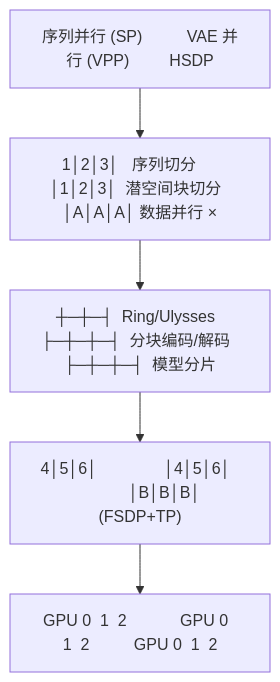
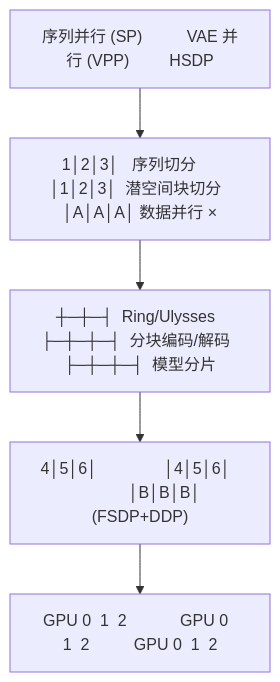
One commit to keyuanweb/ai-learning-path changed the first of 3 diagrams in vllm-omni-learning-path/05-扩散模型执行(Diffusion Engine)/06-扩散分布式.md. Above: the diagram before and after it, drawn with Mermaid. The commit also changed other lines of this file and 176 other files, not shown here.

First line of the commit message:
docs: 全仓库文档校对修复——错别字/失效链接/Mermaid图/源码引用

````diff
--- a/vllm-omni-learning-path/05-扩散模型执行(Diffusion Engine)/06-扩散分布式.md
+++ b/vllm-omni-learning-path/05-扩散模型执行(Diffusion Engine)/06-扩散分布式.md
@@ -17,12 +17,12 @@
 ```mermaid
 flowchart TD
   n0["序列并行 (SP)          VAE 并行 (VPP)         HSDP"]
   n1["1│2│3│   序列切分     │1│2│3│  潜空间块切分  │A│A│A│ 数据并行 ×"]
   n2["┼─┼─┤  Ring/Ulysses  ├─┼─┼─┤  分块编码/解码  ├─┼─┼─┤  模型分片"]
-  n3["4│5│6│               │4│5│6│              │B│B│B│ (FSDP+TP)"]
+  n3["4│5│6│               │4│5│6│              │B│B│B│ (FSDP+DDP)"]
   n4["GPU 0  1  2            GPU 0  1  2          GPU 0  1  2"]
   n0 --> n1
   n1 --> n2
   n2 --> n3
   n3 --> n4
 ```
````
